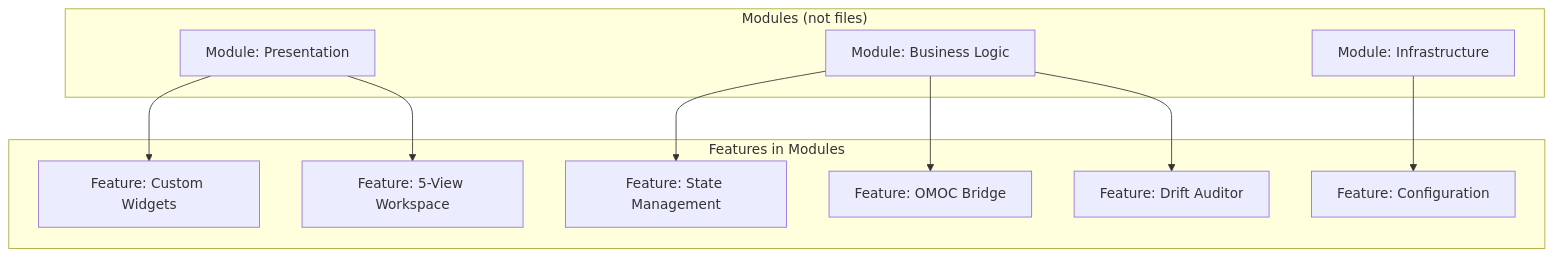
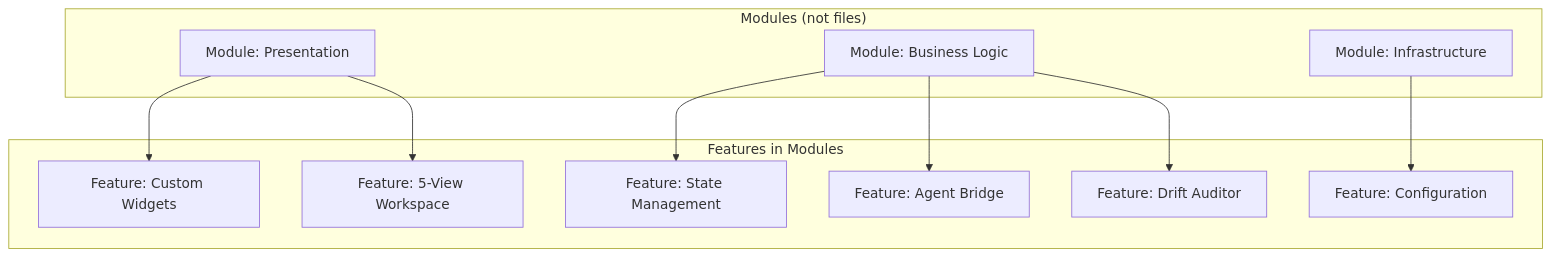
Diagram 11 of 11 in docs/project-manifest/visualization.md (wp-sbwon/manifest), drawn with Mermaid before and after one commit. The commit also changed other lines of this file and 49 other files, not shown here.

````diff
--- a/docs/project-manifest/visualization.md
+++ b/docs/project-manifest/visualization.md
@@ -342,17 +342,17 @@
 ```mermaid
 graph TB
     subgraph Modules["Modules (not files)"]
         M1[Module: Presentation]
         M2[Module: Business Logic]
         M3[Module: Infrastructure]
     end
     
     subgraph Features["Features in Modules"]
         M1 --> F1[Feature: Custom Widgets]
         M1 --> F2[Feature: 5-View Workspace]
         M2 --> F3[Feature: State Management]
-        M2 --> F4[Feature: OMOC Bridge]
+        M2 --> F4[Feature: Agent Bridge]
         M2 --> F5[Feature: Drift Auditor]
         M3 --> F6[Feature: Configuration]
     end
 ```
````
